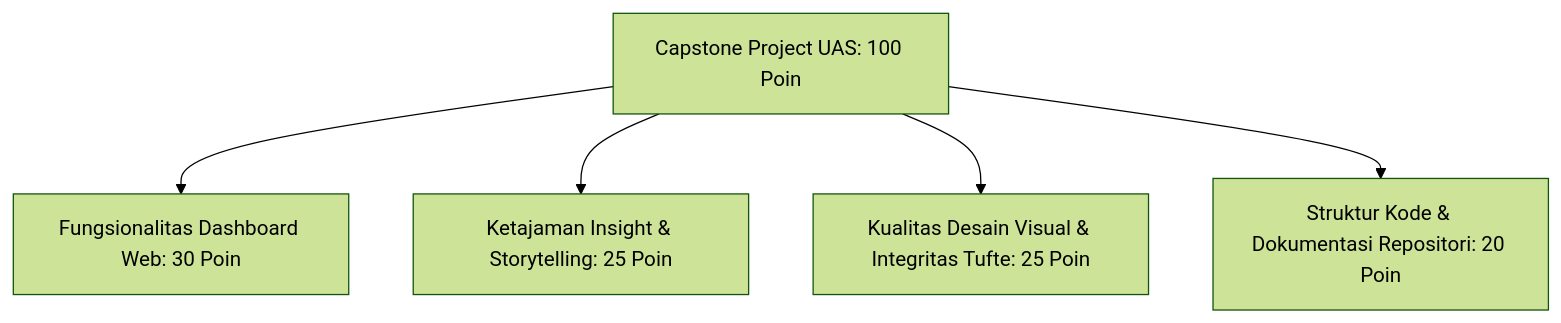
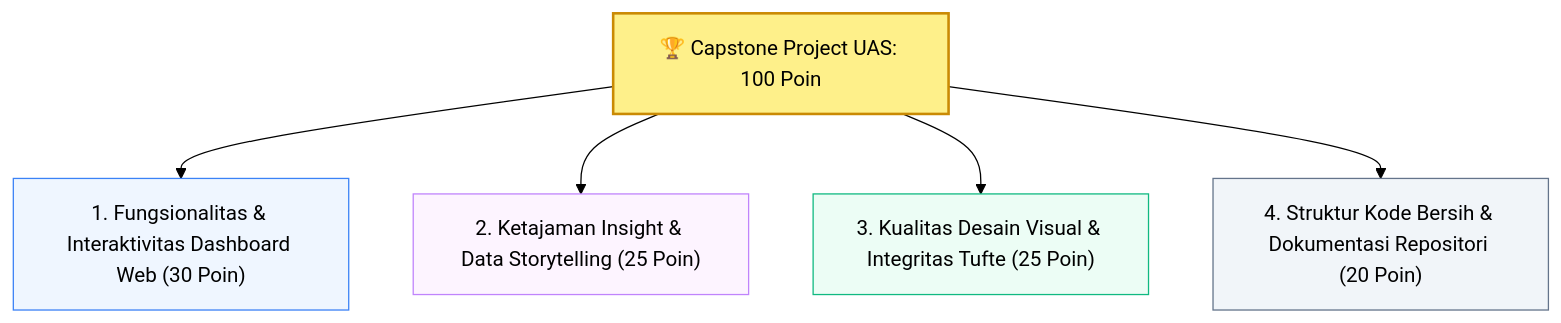
One commit to mahendaruui/Perkuliahan changed the diagram in docs/visualisasi-data/16-evaluasi-akhir-semester.md. Above: the diagram before and after it, drawn with Mermaid (forest theme). The commit also changed 7 other files, not shown here.

Commit message:
refactor: update visual assets and Mermaid diagrams with standardized styling and formatting across course documentation

````diff
--- a/docs/visualisasi-data/16-evaluasi-akhir-semester.md
+++ b/docs/visualisasi-data/16-evaluasi-akhir-semester.md
@@ -20,7 +20,13 @@
 ```mermaid
-graph TD
-    A[Capstone Project UAS: 100 Poin] --> B[Fungsionalitas Dashboard Web: 30 Poin]
-    A --> C[Ketajaman Insight & Storytelling: 25 Poin]
-    A --> D[Kualitas Desain Visual & Integritas Tufte: 25 Poin]
-    A --> E[Struktur Kode & Dokumentasi Repositori: 20 Poin]
+flowchart TD
+    A["🏆 Capstone Project UAS: 100 Poin"] --> B["1. Fungsionalitas & Interaktivitas Dashboard Web (30 Poin)"]
+    A --> C["2. Ketajaman Insight & Data Storytelling (25 Poin)"]
+    A --> D["3. Kualitas Desain Visual & Integritas Tufte (25 Poin)"]
+    A --> E["4. Struktur Kode Bersih & Dokumentasi Repositori (20 Poin)"]
+
+    style A fill:#fef08a,stroke:#ca8a04,stroke-width:2px
+    style B fill:#eff6ff,stroke:#3b82f6
+    style C fill:#fdf4ff,stroke:#c084fc
+    style D fill:#ecfdf5,stroke:#10b981
+    style E fill:#f1f5f9,stroke:#64748b
 ```
````
